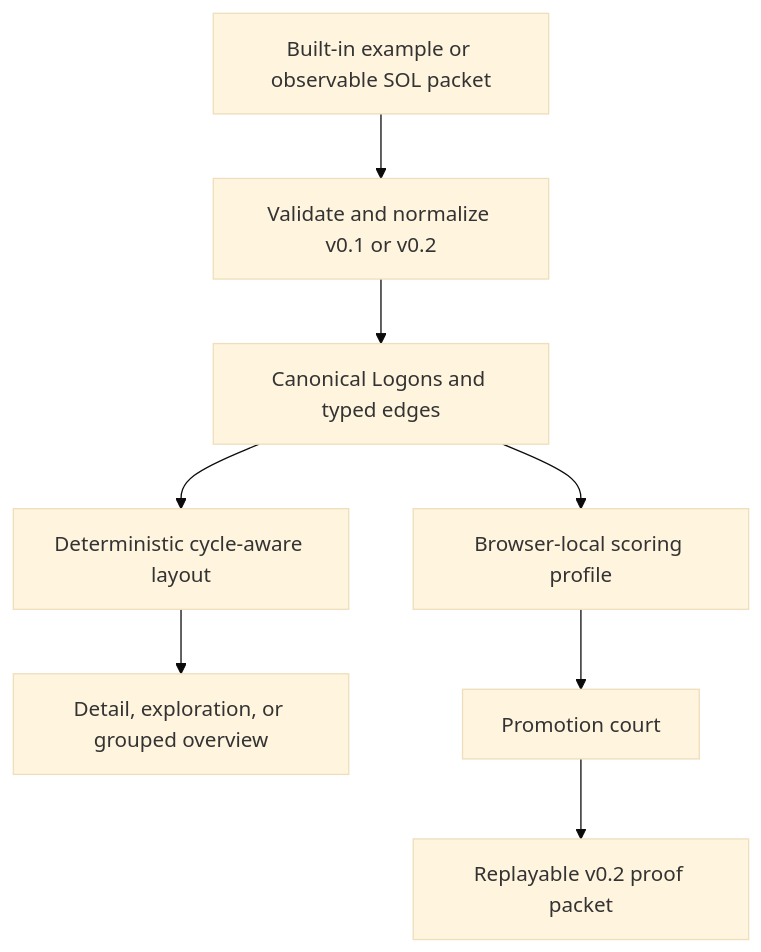
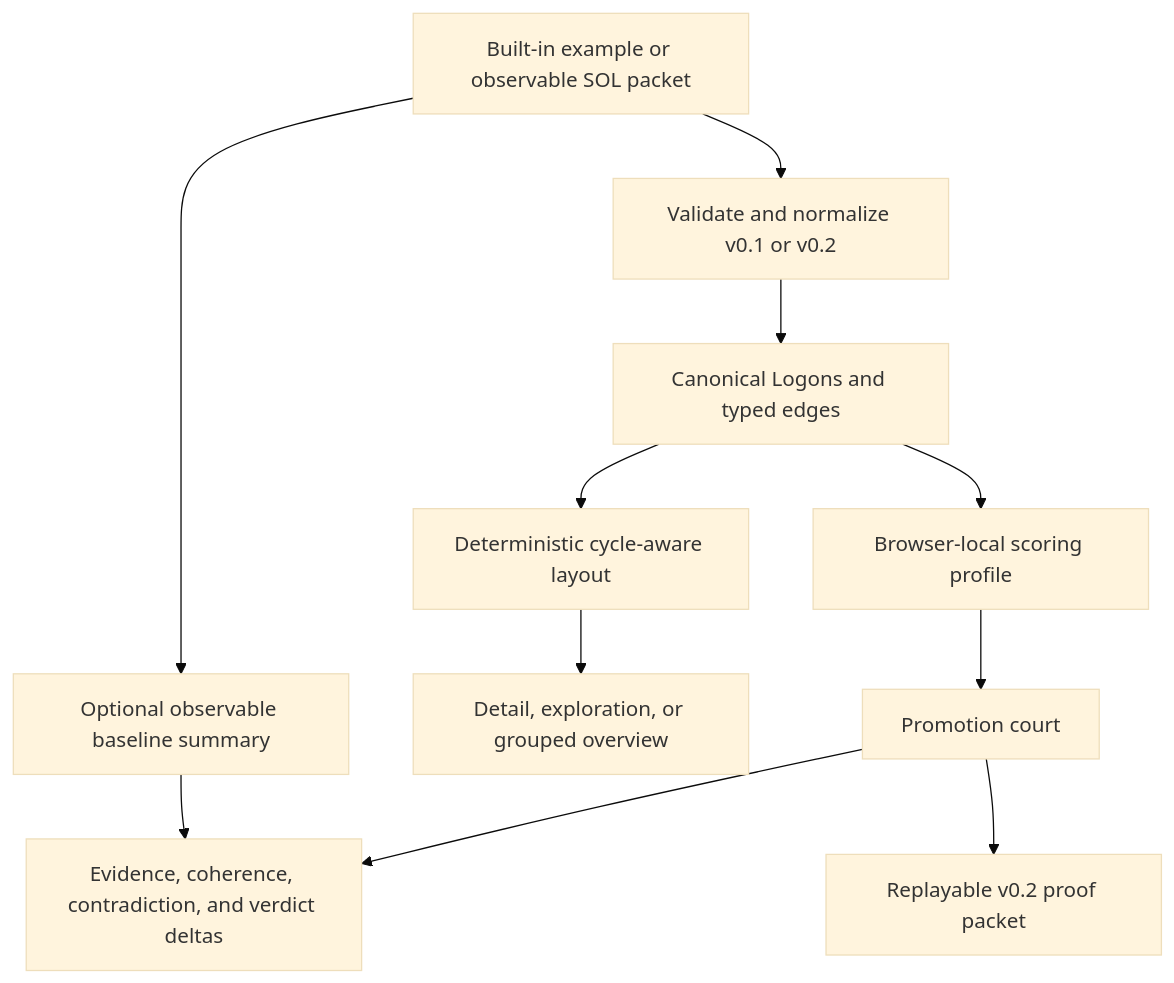
The diagram in README.md (TechmanStudios/sol-lens), drawn with Mermaid (base theme) before and after one commit. The commit also changed other lines of this file and 10 other files, not shown here.

````diff
--- a/README.md
+++ b/README.md
@@ -89,10 +91,13 @@
 ```mermaid
 flowchart TD
   A[Built-in example or observable SOL packet] --> B[Validate and normalize v0.1 or v0.2]
+  A --> J[Optional observable baseline summary]
   B --> C[Canonical Logons and typed edges]
   C --> D[Deterministic cycle-aware layout]
   C --> E[Browser-local scoring profile]
   D --> F[Detail, exploration, or grouped overview]
   E --> G[Promotion court]
+  J --> K[Evidence, coherence, contradiction, and verdict deltas]
+  G --> K
   G --> H[Replayable v0.2 proof packet]
 ```
````
